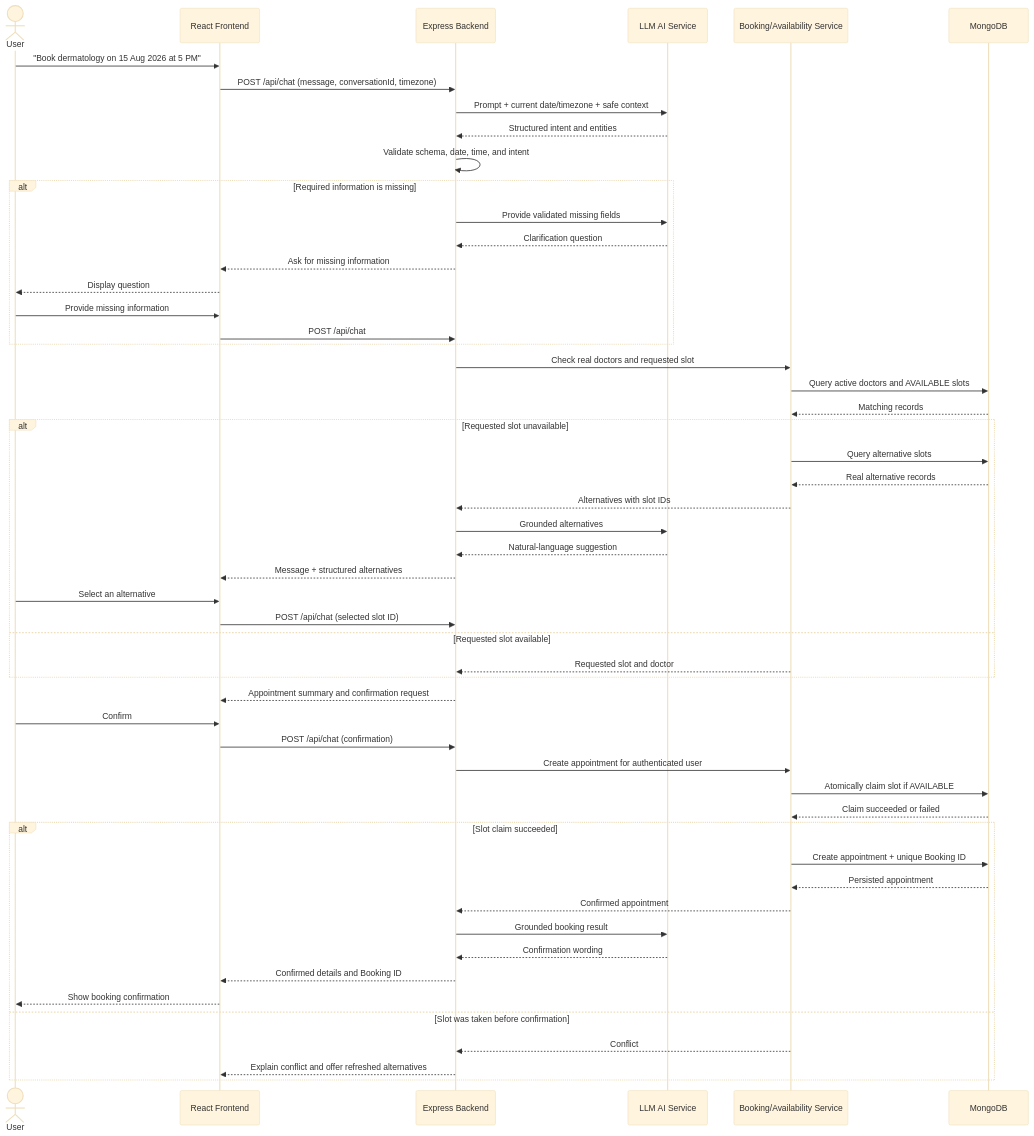
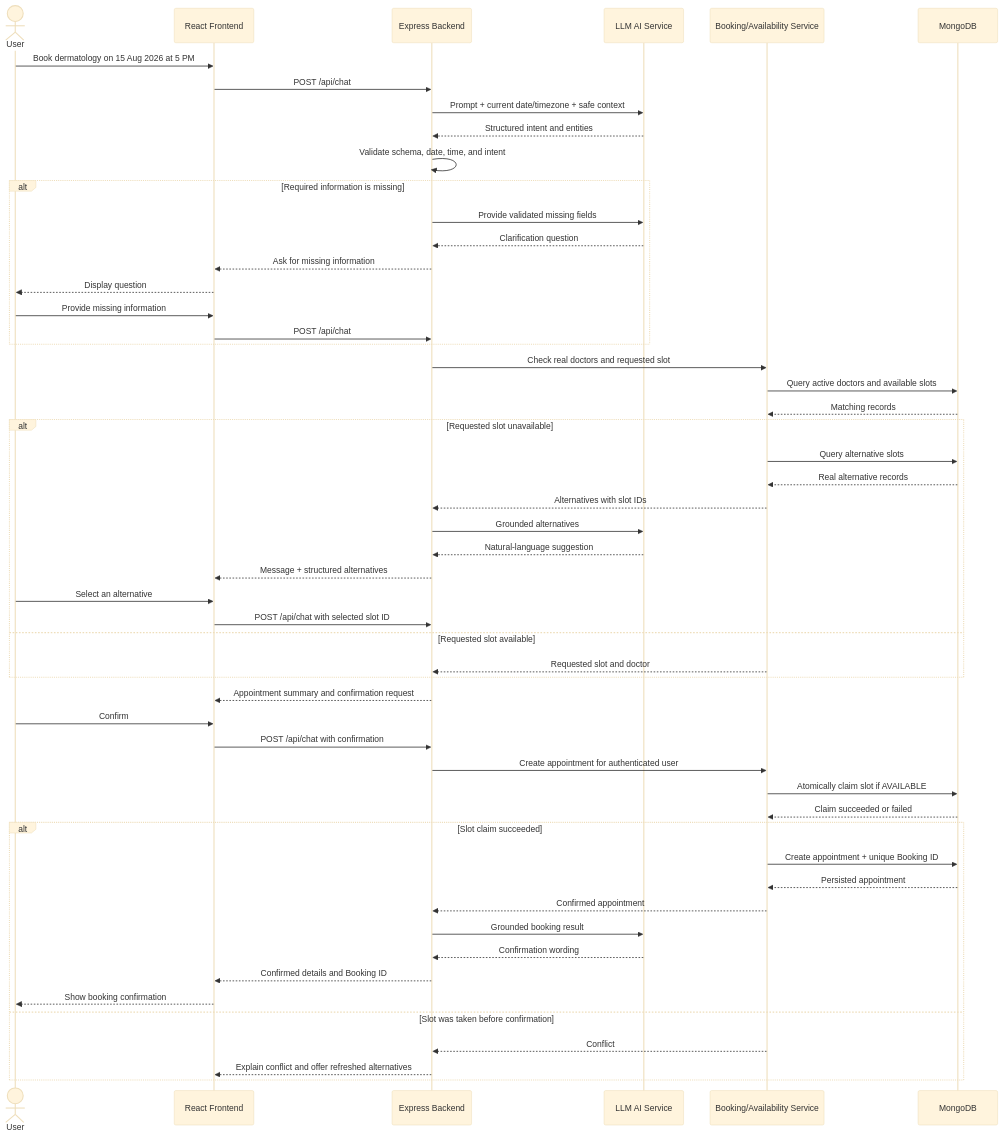
The first of 2 diagrams in README.md (HansiG3/AppointAI), drawn with Mermaid (base theme) before and after one commit. The commit also changed other lines of this file, not shown here.

````diff
--- a/README.md
+++ b/README.md
@@ -74,61 +116,61 @@
 ```mermaid
 sequenceDiagram
     actor User
     participant UI as React Frontend
     participant API as Express Backend
     participant LLM as LLM AI Service
     participant Domain as Booking/Availability Service
     participant DB as MongoDB
 
-    User->>UI: "Book dermatology on 15 Aug 2026 at 5 PM"
-    UI->>API: POST /api/chat (message, conversationId, timezone)
+    User->>UI: Book dermatology on 15 Aug 2026 at 5 PM
+    UI->>API: POST /api/chat
     API->>LLM: Prompt + current date/timezone + safe context
     LLM-->>API: Structured intent and entities
     API->>API: Validate schema, date, time, and intent
 
     alt Required information is missing
         API->>LLM: Provide validated missing fields
         LLM-->>API: Clarification question
         API-->>UI: Ask for missing information
         UI-->>User: Display question
         User->>UI: Provide missing information
         UI->>API: POST /api/chat
     end
 
     API->>Domain: Check real doctors and requested slot
-    Domain->>DB: Query active doctors and AVAILABLE slots
+    Domain->>DB: Query active doctors and available slots
     DB-->>Domain: Matching records
 
     alt Requested slot unavailable
         Domain->>DB: Query alternative slots
         DB-->>Domain: Real alternative records
         Domain-->>API: Alternatives with slot IDs
         API->>LLM: Grounded alternatives
         LLM-->>API: Natural-language suggestion
         API-->>UI: Message + structured alternatives
         User->>UI: Select an alternative
-        UI->>API: POST /api/chat (selected slot ID)
+        UI->>API: POST /api/chat with selected slot ID
     else Requested slot available
         Domain-->>API: Requested slot and doctor
     end
 
     API-->>UI: Appointment summary and confirmation request
     User->>UI: Confirm
-    UI->>API: POST /api/chat (confirmation)
+    UI->>API: POST /api/chat with confirmation
     API->>Domain: Create appointment for authenticated user
     Domain->>DB: Atomically claim slot if AVAILABLE
     DB-->>Domain: Claim succeeded or failed
 
     alt Slot claim succeeded
         Domain->>DB: Create appointment + unique Booking ID
         DB-->>Domain: Persisted appointment
         Domain-->>API: Confirmed appointment
         API->>LLM: Grounded booking result
         LLM-->>API: Confirmation wording
         API-->>UI: Confirmed details and Booking ID
         UI-->>User: Show booking confirmation
     else Slot was taken before confirmation
         Domain-->>API: Conflict
         API-->>UI: Explain conflict and offer refreshed alternatives
     end
 ```
````
